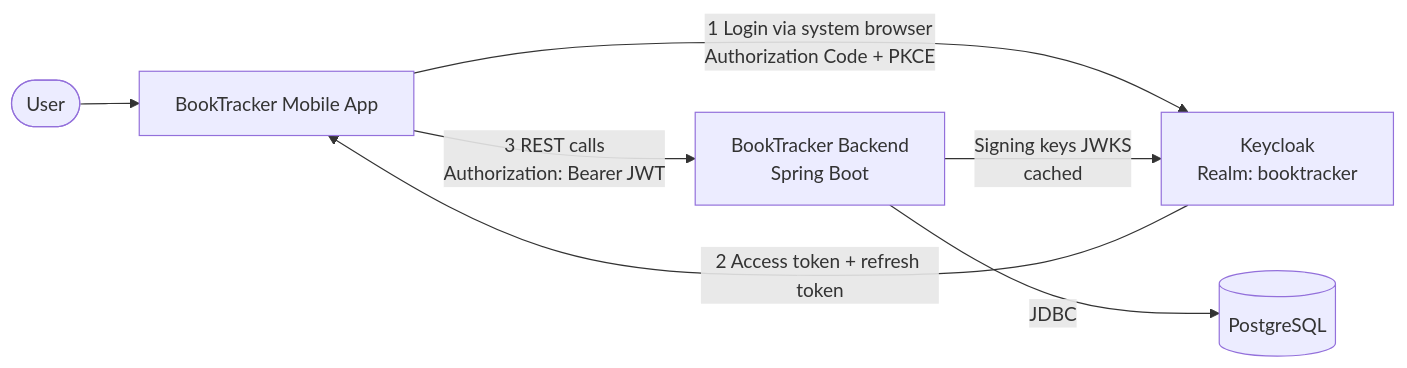
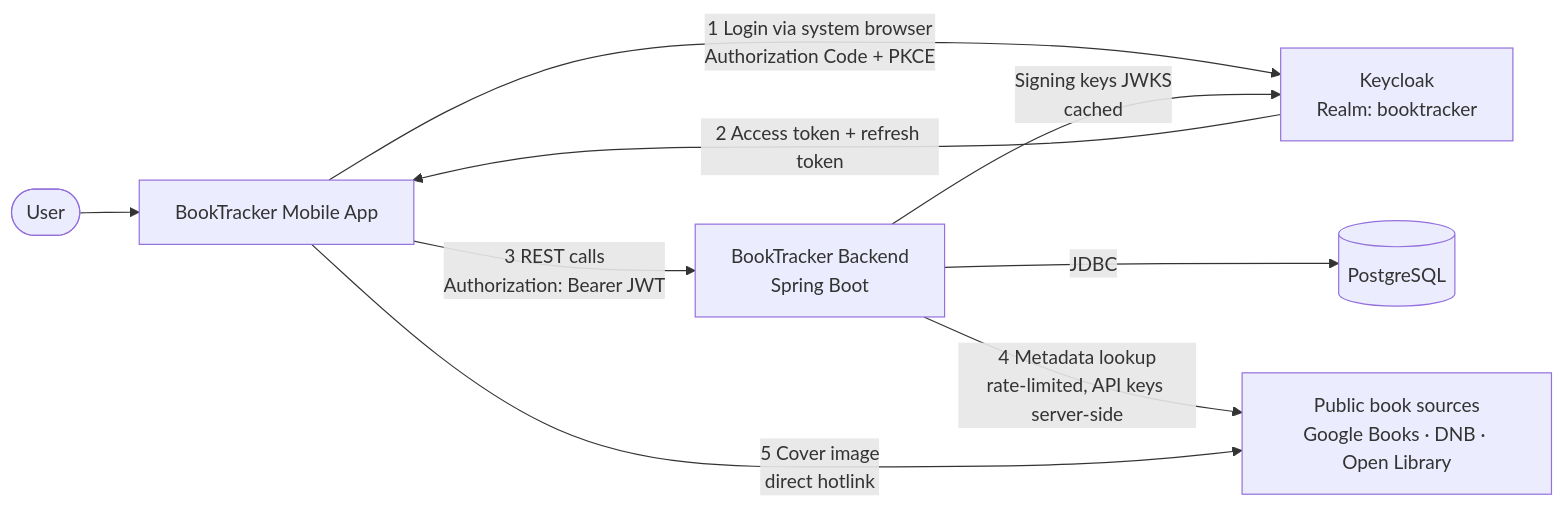
The first of 4 diagrams in backend/docs/architecture.md (AnSrwn/BookTracker), drawn with Mermaid before and after one commit. The commit also changed other lines of this file, not shown here.

Commit message:
Add architecture for external book data

````diff
--- a/backend/docs/architecture.md
+++ b/backend/docs/architecture.md
@@ -30,15 +32,18 @@
 ```mermaid
 flowchart LR
     user(["User"])
     app["BookTracker Mobile App"]
     kc["Keycloak<br/>Realm: booktracker"]
     be["BookTracker Backend<br/>Spring Boot"]
     db[("PostgreSQL")]
+    ext["Public book sources<br/>Google Books · DNB · Open Library"]
 
     user --> app
     app -- "1 Login via system browser<br/>Authorization Code + PKCE" --> kc
     kc -- "2 Access token + refresh token" --> app
     app -- "3 REST calls<br/>Authorization: Bearer JWT" --> be
     be -- "Signing keys JWKS<br/>cached" --> kc
     be -- "JDBC" --> db
+    be -- "4 Metadata lookup<br/>rate-limited, API keys server-side" --> ext
+    app -- "5 Cover image<br/>direct hotlink" --> ext
 ```
````
